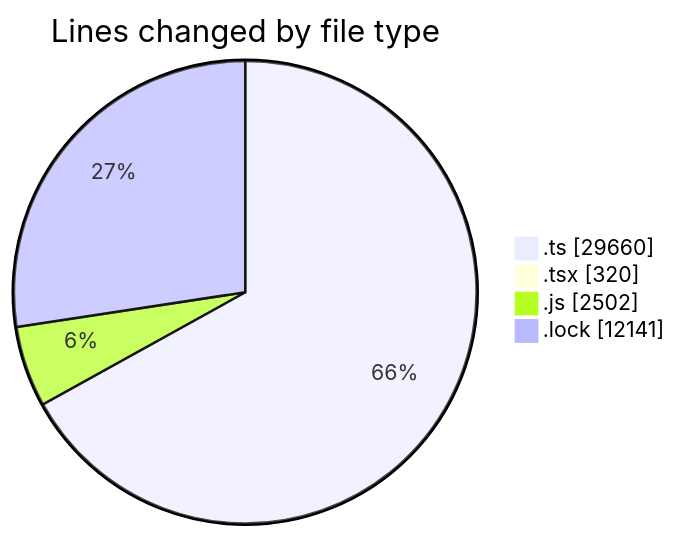
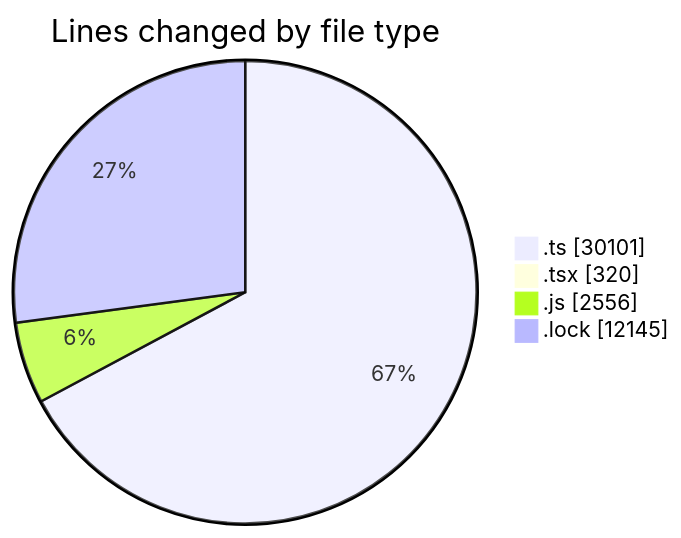
Before and after one commit to momahboobian/code-tracking: the first of 2 diagrams in 2025-08-13/cda/README.md, drawn with Mermaid. The commit also changed other lines of this file and 1 other file, not shown here.

````diff
--- a/2025-08-13/cda/README.md
+++ b/2025-08-13/cda/README.md
@@ -38,8 +38,8 @@
 ```mermaid
 pie showData
 title Lines changed by file type
-".ts" : 29660
+".ts" : 30101
 ".tsx" : 320
-".js" : 2502
-".lock" : 12141
+".js" : 2556
+".lock" : 12145
 ```
````
